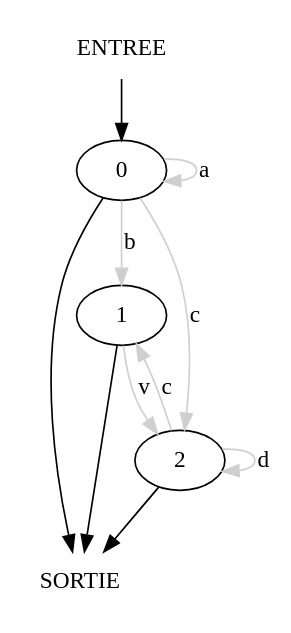
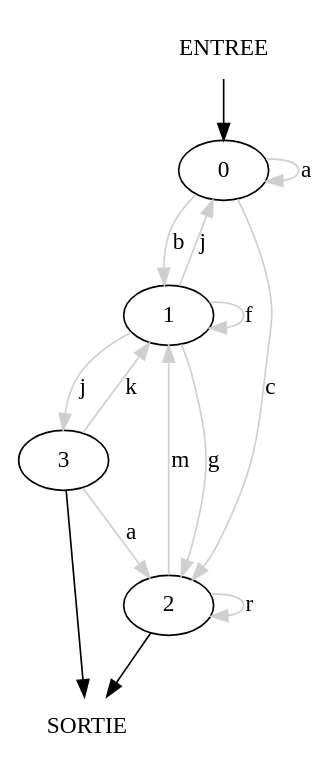
One commit to Y7T007/PROJECT_THL_GI changed the diagram in cmake-build-debug/ff3.dot. Above: the diagram before and after it, drawn with Graphviz. The commit also changed 8 other files, not shown here.

```diff
--- a/cmake-build-debug/ff3.dot
+++ b/cmake-build-debug/ff3.dot
@@ -1,16 +1,21 @@
 digraph test_graph{
 e[ label="ENTREE" shape=none]
 s[ label="SORTIE" shape=none]
 0 [label="0"]
 1 [label="1"]
-2 [label="2"];
+2 [label="2"]
+3 [label="3"];
 e -> 0  ;
 0 -> 0 [label="a" color=grey81 ] 
 0 -> 1 [label="b" color=grey81 ] 
-0 -> s ;
 0 -> 2 [label="c" color=grey81 ] 
-1 -> s ;
-1 -> 2 [label="v" color=grey81 ] 
+1 -> 0 [label="j" color=grey81 ] 
+1 -> 1 [label="f" color=grey81 ] 
+1 -> 2 [label="g" color=grey81 ] 
+1 -> 3 [label="j" color=grey81 ] 
 2 -> s ;
-2 -> 1 [label="c" color=grey81 ] 
-2 -> 2 [label="d" color=grey81 ] }
+2 -> 1 [label="m" color=grey81 ] 
+2 -> 2 [label="r" color=grey81 ] 
+3 -> s ;
+3 -> 1 [label="k" color=grey81 ] 
+3 -> 2 [label="a" color=grey81 ] }
```
